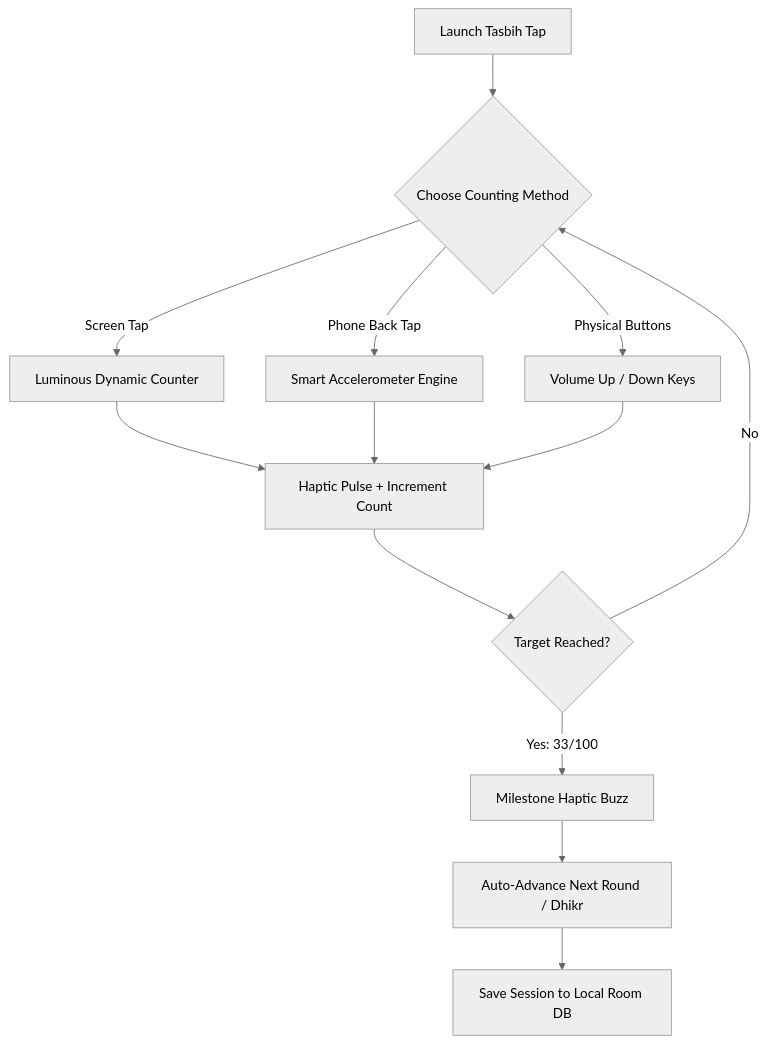
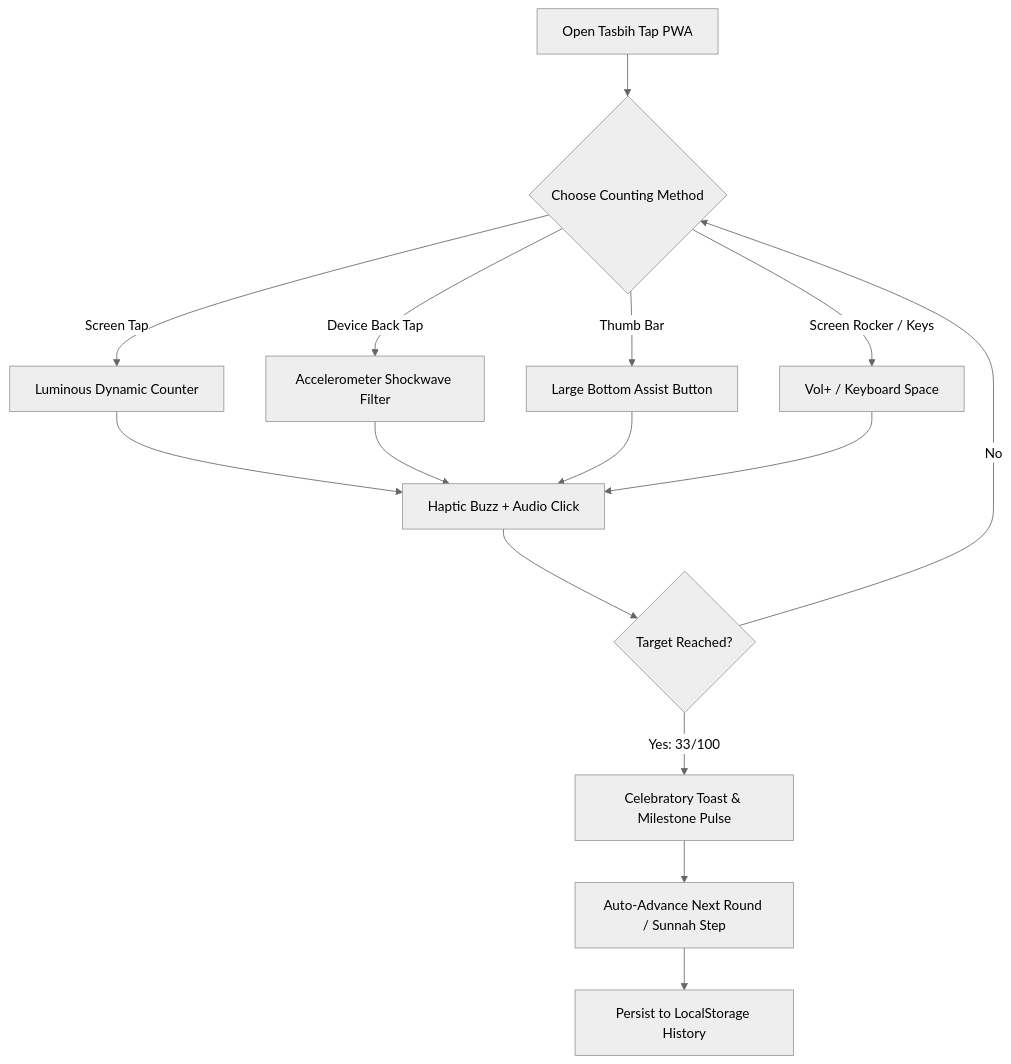
The diagram in README.md (mbir31/Tasbih-Tap), drawn with Mermaid (neutral theme) before and after one commit. The commit also changed other lines of this file and 7 other files, not shown here.

First line of the commit message:
feat: refactor Tasbih Tap into a PWA

````diff
--- a/README.md
+++ b/README.md
@@ -125,18 +168,20 @@
 ```mermaid
 flowchart TD
-    A[Launch Tasbih Tap] --> B{Choose Counting Method}
+    A[Open Tasbih Tap PWA] --> B{Choose Counting Method}
     B -->|Screen Tap| C[Luminous Dynamic Counter]
-    B -->|Phone Back Tap| D[Smart Accelerometer Engine]
-    B -->|Physical Buttons| E[Volume Up / Down Keys]
+    B -->|Device Back Tap| D[Accelerometer Shockwave Filter]
+    B -->|Thumb Bar| E[Large Bottom Assist Button]
+    B -->|Screen Rocker / Keys| F[Vol+ / Keyboard Space]
     
-    C --> F[Haptic Pulse + Increment Count]
-    D --> F
-    E --> F
+    C --> G[Haptic Buzz + Audio Click]
+    D --> G
+    E --> G
+    F --> G
     
-    F --> G{Target Reached?}
-    G -->|Yes: 33/100| H[Milestone Haptic Buzz]
-    H --> I[Auto-Advance Next Round / Dhikr]
-    G -->|No| B
+    G --> H{Target Reached?}
+    H -->|Yes: 33/100| I[Celebratory Toast & Milestone Pulse]
+    I --> J[Auto-Advance Next Round / Sunnah Step]
+    H -->|No| B
     
-    I --> J[Save Session to Local Room DB]
+    J --> K[Persist to LocalStorage History]
 ```
````
